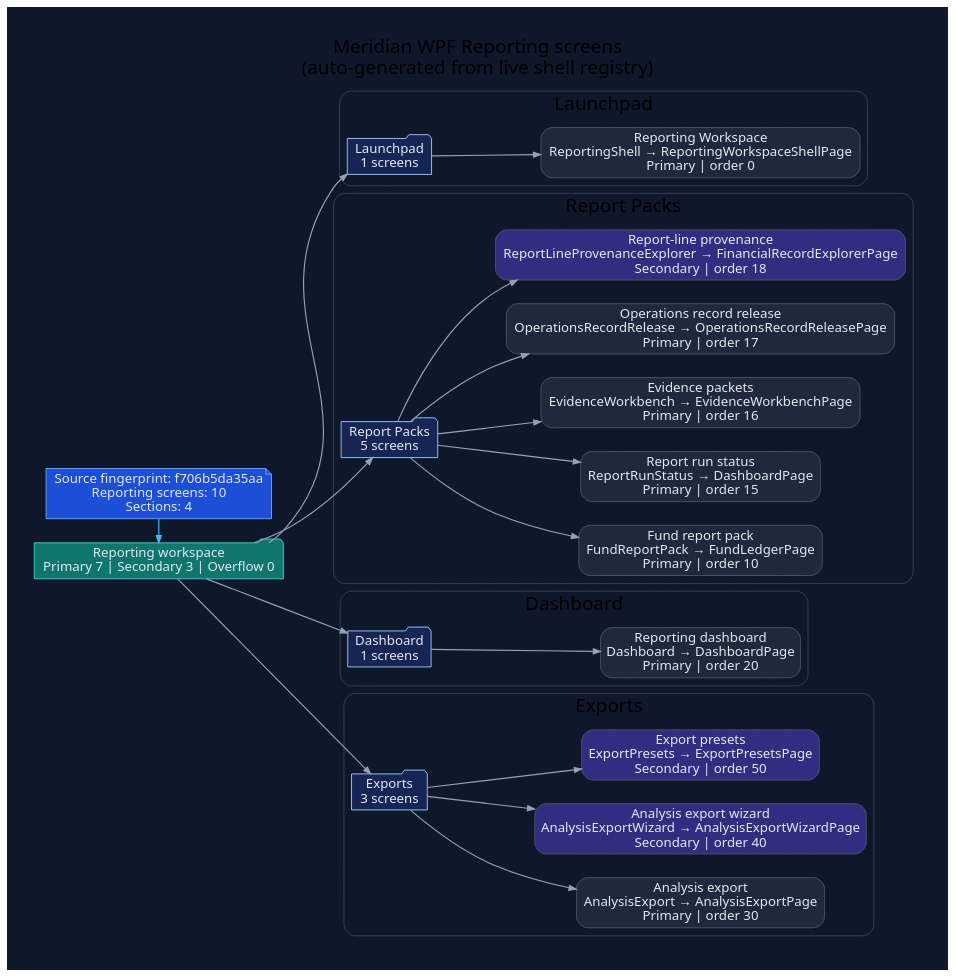
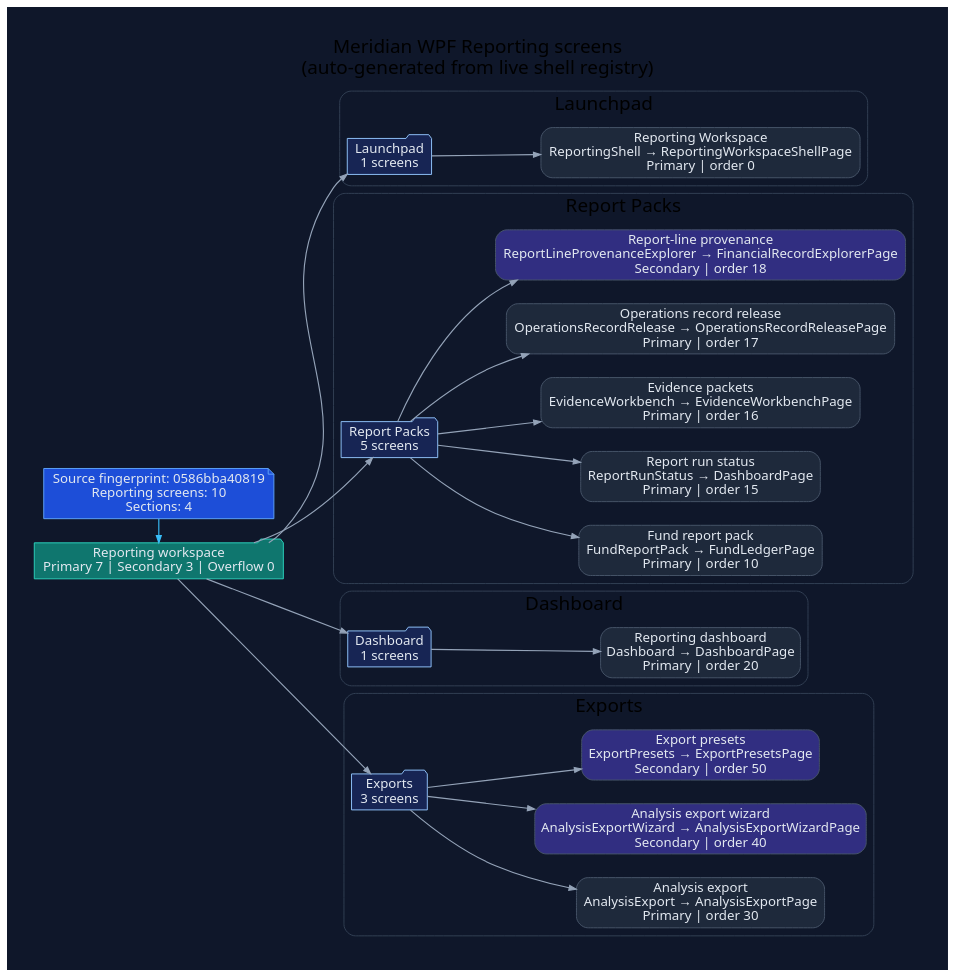
The diagram in docs/diagrams/ui-wpf-screens-reporting.dot (rodoHasArrived/Meridian-main), drawn with Graphviz before and after one commit. The commit also changed 21 other files, not shown here.

First line of the commit message:
Regenerate UI diagrams for the changed WPF source fingerprint

```diff
--- a/docs/diagrams/ui-wpf-screens-reporting.dot
+++ b/docs/diagrams/ui-wpf-screens-reporting.dot
@@ -1,78 +1,78 @@
 // -----------------------------------------------------------------------------
 // <auto-generated>
 // Generated by scripts/generate-diagrams.mjs.
 // Do not edit this file directly; update the WPF source files instead.
 // -----------------------------------------------------------------------------
 digraph WpfReportingScreens {
   graph [
     rankdir=LR,
     labelloc=t,
     label="Meridian WPF Reporting screens\n(auto-generated from live shell registry)",
     fontname="Segoe UI",
     fontsize=20,
     pad=0.4,
     nodesep=0.35,
     ranksep=0.85,
     bgcolor="#0f172a"
   ];
   node [fontname="Segoe UI", shape=box, style="rounded,filled", color="#475569", fontcolor="#e2e8f0", fillcolor="#1e293b"];
   edge [fontname="Segoe UI", color="#94a3b8", penwidth=1.2, arrowsize=0.75];
 
-  generated [shape=note, fillcolor="#1d4ed8", color="#60a5fa", label="Source fingerprint: f706b5da35aa\nReporting screens: 10\nSections: 4"];
+  generated [shape=note, fillcolor="#1d4ed8", color="#60a5fa", label="Source fingerprint: 0586bba40819\nReporting screens: 10\nSections: 4"];
   workspace [shape=folder, fillcolor="#0f766e", color="#2dd4bf", label="Reporting workspace\nPrimary 7 | Secondary 3 | Overflow 0"];
   generated -> workspace [color="#38bdf8"];
 
   subgraph cluster_section_1 {
     label="Launchpad";
     color="#334155";
     style="rounded";
     section_1 [shape=folder, fillcolor="#172554", color="#93c5fd", label="Launchpad\n1 screens"];
     workspace -> section_1;
     screen_ReportingShell [fillcolor="#1e293b", label="Reporting Workspace\nReportingShell → ReportingWorkspaceShellPage\nPrimary | order 0"];
     section_1 -> screen_ReportingShell;
   }
 
   subgraph cluster_section_2 {
     label="Report Packs";
     color="#334155";
     style="rounded";
     section_2 [shape=folder, fillcolor="#172554", color="#93c5fd", label="Report Packs\n5 screens"];
     workspace -> section_2;
     screen_FundReportPack [fillcolor="#1e293b", label="Fund report pack\nFundReportPack → FundLedgerPage\nPrimary | order 10"];
     section_2 -> screen_FundReportPack;
     screen_ReportRunStatus [fillcolor="#1e293b", label="Report run status\nReportRunStatus → DashboardPage\nPrimary | order 15"];
     section_2 -> screen_ReportRunStatus;
     screen_EvidenceWorkbench [fillcolor="#1e293b", label="Evidence packets\nEvidenceWorkbench → EvidenceWorkbenchPage\nPrimary | order 16"];
     section_2 -> screen_EvidenceWorkbench;
     screen_OperationsRecordRelease [fillcolor="#1e293b", label="Operations record release\nOperationsRecordRelease → OperationsRecordReleasePage\nPrimary | order 17"];
     section_2 -> screen_OperationsRecordRelease;
     screen_ReportLineProvenanceExplorer [fillcolor="#312e81", label="Report-line provenance\nReportLineProvenanceExplorer → FinancialRecordExplorerPage\nSecondary | order 18"];
     section_2 -> screen_ReportLineProvenanceExplorer;
   }
 
   subgraph cluster_section_3 {
     label="Dashboard";
     color="#334155";
     style="rounded";
     section_3 [shape=folder, fillcolor="#172554", color="#93c5fd", label="Dashboard\n1 screens"];
     workspace -> section_3;
     screen_Dashboard [fillcolor="#1e293b", label="Reporting dashboard\nDashboard → DashboardPage\nPrimary | order 20"];
     section_3 -> screen_Dashboard;
   }
 
   subgraph cluster_section_4 {
     label="Exports";
     color="#334155";
     style="rounded";
     section_4 [shape=folder, fillcolor="#172554", color="#93c5fd", label="Exports\n3 screens"];
     workspace -> section_4;
     screen_AnalysisExport [fillcolor="#1e293b", label="Analysis export\nAnalysisExport → AnalysisExportPage\nPrimary | order 30"];
     section_4 -> screen_AnalysisExport;
     screen_AnalysisExportWizard [fillcolor="#312e81", label="Analysis export wizard\nAnalysisExportWizard → AnalysisExportWizardPage\nSecondary | order 40"];
     section_4 -> screen_AnalysisExportWizard;
     screen_ExportPresets [fillcolor="#312e81", label="Export presets\nExportPresets → ExportPresetsPage\nSecondary | order 50"];
     section_4 -> screen_ExportPresets;
   }
 
   { rank=min; generated; workspace; }
 }
```
